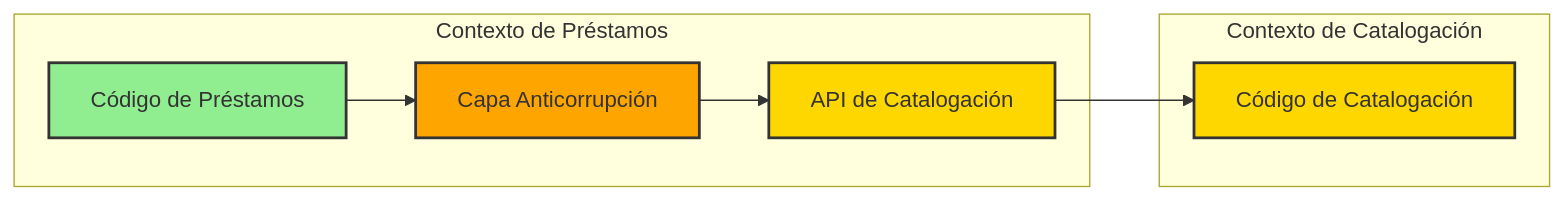
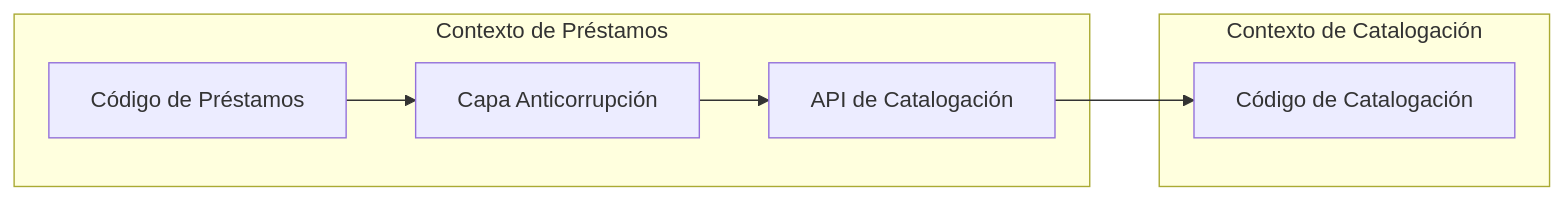
One commit to aialphanovatide/software-architecture-guide changed the fifth of 11 diagrams in docs/ddd/bounded-contexts.md. Above: the diagram before and after it, drawn with Mermaid. The commit also changed other lines of this file and 8 other files, not shown here.

````diff
--- a/docs/ddd/bounded-contexts.md
+++ b/docs/ddd/bounded-contexts.md
@@ -284,16 +247,11 @@
 ```mermaid
 graph LR
     subgraph "Contexto de Préstamos"
         PC[Código de Préstamos] --> AC
         AC[Capa Anticorrupción] --> API
     end
     
     subgraph "Contexto de Catalogación"
         API[API de Catalogación] --> CC[Código de Catalogación]
     end
-    
-    style PC fill:#90EE90,stroke:#333,stroke-width:2px
-    style AC fill:#FFA500,stroke:#333,stroke-width:2px
-    style API fill:#FFD700,stroke:#333,stroke-width:2px
-    style CC fill:#FFD700,stroke:#333,stroke-width:2px
 ```
````
